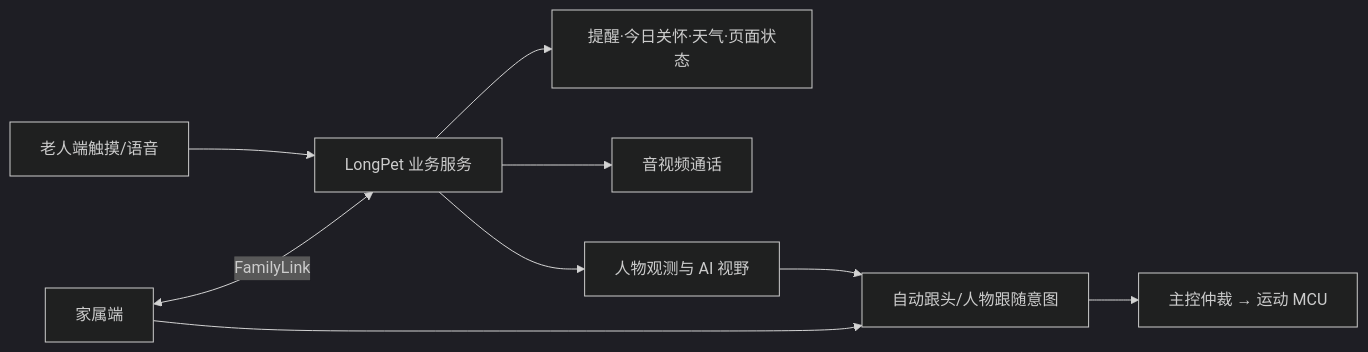
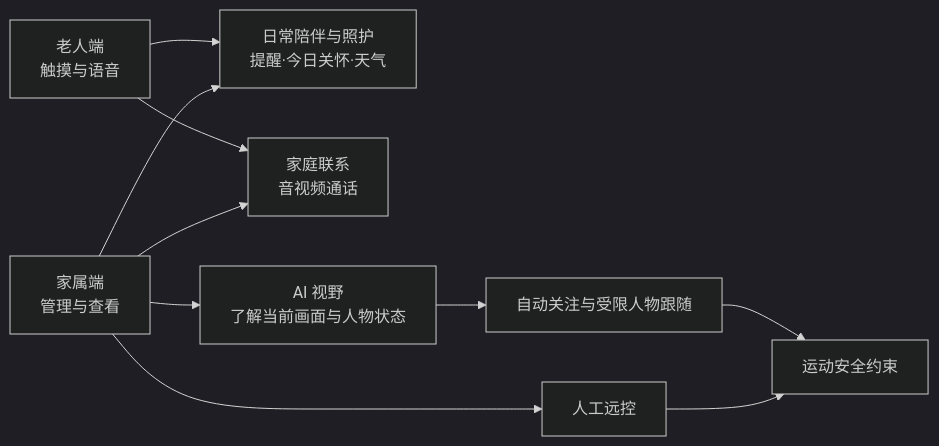
The fourth of 16 diagrams in LongPet_产品设计文档.md (Justin-fanfan/Submission_Materials), drawn with Mermaid (dark theme) before and after one commit. The commit also changed other lines of this file and 2 other files, not shown here.

Commit message:
add(LongPet_产品设计文档): 完成报告第八、九章正文

````diff
--- a/LongPet_产品设计文档.md
+++ b/LongPet_产品设计文档.md
@@ -548,11 +550,12 @@
 ```mermaid
 flowchart LR
-    U[老人端触摸/语音] --> L[LongPet 业务服务]
-    F[家属端] <-->|FamilyLink| L
-    L --> R[提醒·今日关怀·天气·页面状态]
-    L --> C[音视频通话]
-    L --> V[人物观测与 AI 视野]
-    V --> M[自动跟头/人物跟随意图]
-    F --> M
-    M --> S[主控仲裁 → 运动 MCU]
+    E[老人端<br/>触摸与语音] --> D[日常陪伴与照护<br/>提醒·今日关怀·天气]
+    E --> C[家庭联系<br/>音视频通话]
+    F[家属端<br/>管理与查看] --> D
+    F --> C
+    F --> V[AI 视野<br/>了解当前画面与人物状态]
+    V --> A[自动关注与受限人物跟随]
+    F --> R[人工远控]
+    A --> S[运动安全约束]
+    R --> S
 ```
````
